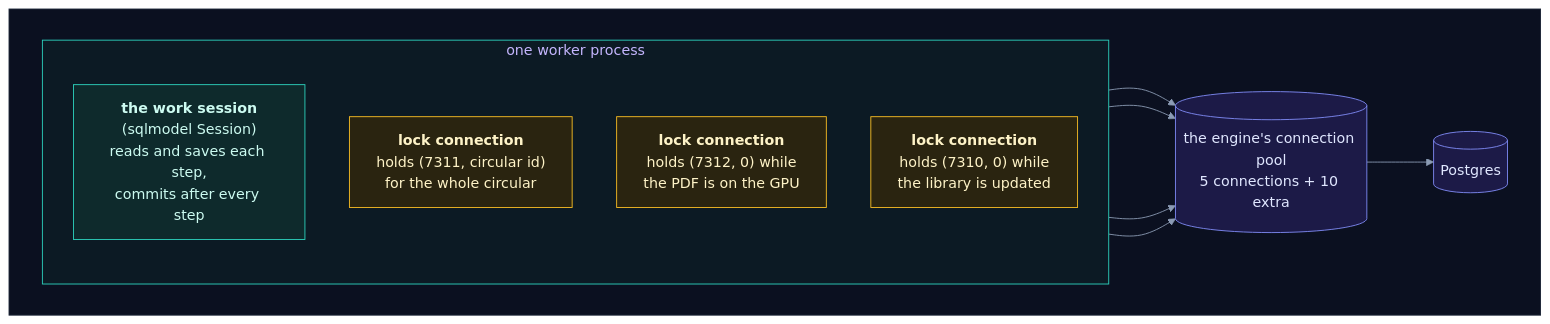
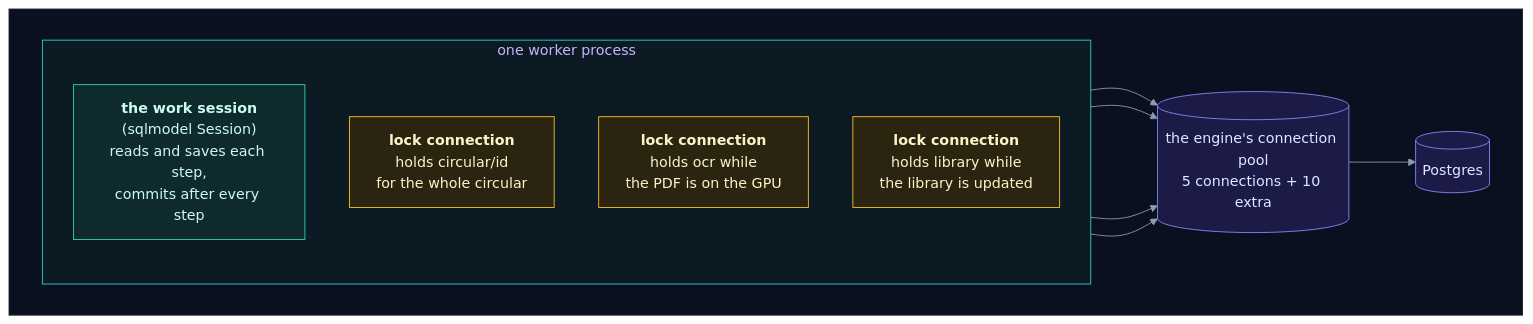
One commit to selvakumarperumal/Regulatory_Circular_Impact_Agent changed the eighth of 20 diagrams in how_the_worker_works.md. Above: the diagram before and after it, drawn with Mermaid. The commit also changed other lines of this file and 4 other files, not shown here.

Commit message:
Scope advisory locks by schema

````diff
--- a/how_the_worker_works.md
+++ b/how_the_worker_works.md
@@ -392,35 +392,35 @@
 ```mermaid
 %%{init: {"theme": "base", "flowchart": {"diagramPadding": 0}, "themeVariables": {"darkMode": true, "primaryColor": "#16213a", "primaryTextColor": "#e6edf7", "primaryBorderColor": "#475a7a", "lineColor": "#8b9bb4", "secondaryColor": "#1b2436", "tertiaryColor": "#101a2e", "edgeLabelBackground": "#0f172a", "textColor": "#e2e8f0", "clusterBkg": "#0f1728", "clusterBorder": "#2b3a55", "titleColor": "#c4b5fd", "nodeTextColor": "#e6edf7"}}}%%
 flowchart LR
     subgraph canvas[" "]
         direction LR
         subgraph proc["one worker process"]
             direction TB
             sess["<b>the work session</b><br/>(sqlmodel Session)<br/>reads and saves each step,<br/>commits after every step"]
-            l1["<b>lock connection</b><br/>holds (7311, circular id)<br/>for the whole circular"]
-            l2["<b>lock connection</b><br/>holds (7312, 0) while<br/>the PDF is on the GPU"]
-            l3["<b>lock connection</b><br/>holds (7310, 0) while<br/>the library is updated"]
+            l1["<b>lock connection</b><br/>holds circular/id<br/>for the whole circular"]
+            l2["<b>lock connection</b><br/>holds ocr while<br/>the PDF is on the GPU"]
+            l3["<b>lock connection</b><br/>holds library while<br/>the library is updated"]
         end
         pool[("the engine's connection pool<br/>5 connections + 10 extra")]
         PG[("Postgres")]
         sess --> pool
         l1 --> pool
         l2 --> pool
         l3 --> pool
         pool --> PG
     end
     classDef svc fill:#0e2a2c,stroke:#2dd4bf,color:#ccfbf1
     classDef data fill:#1c1a47,stroke:#818cf8,color:#e0e7ff
     classDef ext fill:#2a1640,stroke:#c084fc,color:#f3e8ff
     classDef gpu fill:#2d1b0c,stroke:#fb923c,color:#ffedd5
     classDef ask fill:#2a2410,stroke:#fbbf24,color:#fef3c7
     classDef ok fill:#0b2a1c,stroke:#34d399,color:#d1fae5
     classDef bad fill:#2e0f17,stroke:#fb7185,color:#ffe4e6
     classDef start fill:#1c2a0e,stroke:#a7ef6f,color:#ecfccb
     classDef muted fill:#1a2130,stroke:#64748b,color:#cbd5e1
     class sess svc
     class l1,l2,l3 ask
     class pool,PG data
     style proc fill:#0c1a24,stroke:#2dd4bf
     style canvas fill:#0b1020,stroke:#1e293b,color:#0b1020
 ```
````
